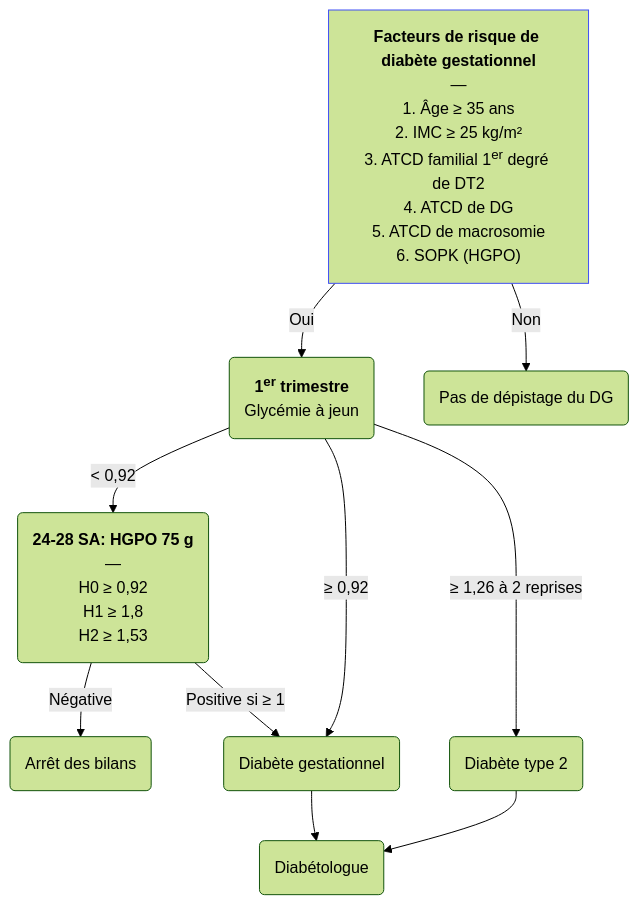
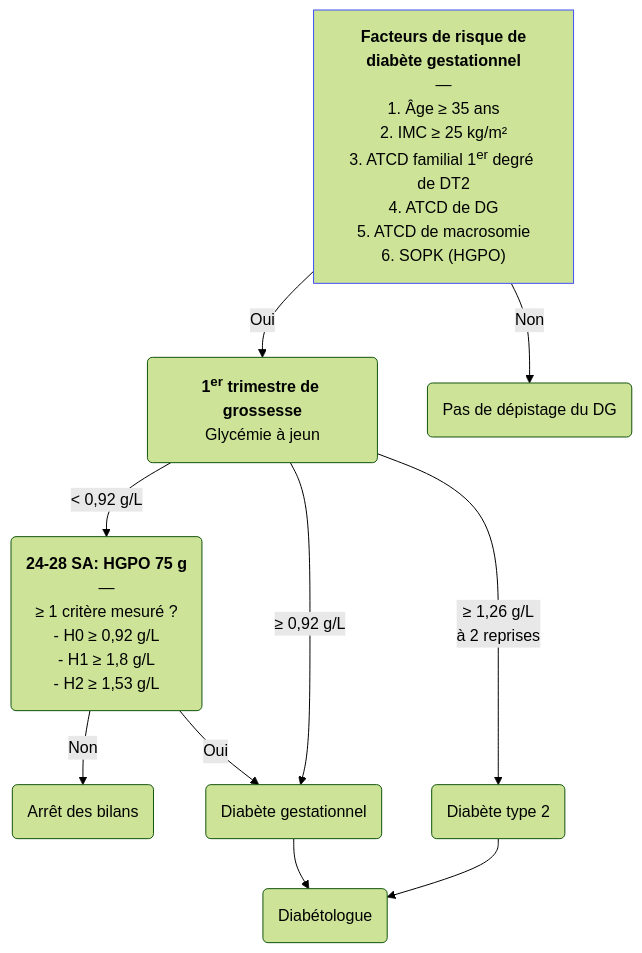
Before and after one commit to djibe/recommandations-medicales: the diagram in content/recommandations/diabete-gestationnel.md, drawn with Mermaid (forest theme). The commit also changed other lines of this file, not shown here.

```diff
--- a/content/recommandations/diabete-gestationnel.md
+++ b/content/recommandations/diabete-gestationnel.md
@@ -211,14 +208,14 @@
 {{< mermaid title="Conduite à tenir pour le dépistage et la prise en charge du diabète gestationnel. Dr JB Fron d'après SFD/CNGOF 2010" >}}
 graph TB
-fdr["<b>Facteurs de risque de diabète gestationnel</b><br>—<br>1. Âge ≥ 35 ans<br>2. IMC ≥ 25 kg/m²<br>3. ATCD familial 1<sup>er</sup> degré de DT2<br>4. ATCD de DG<br>5. ATCD de macrosomie<br>6. SOPK (HGPO)"]
+fdr["<b>Facteurs de risque de<br>diabète gestationnel</b><br>—<br>1. Âge ≥ 35 ans<br>2. IMC ≥ 25 kg/m²<br>3. ATCD familial 1<sup>er</sup> degré de DT2<br>4. ATCD de DG<br>5. ATCD de macrosomie<br>6. SOPK (HGPO)"]
 style fdr stroke:#4150f5, stroke-width:1px
-  fdr -- Oui --> gaj("<b>1<sup>er</sup> trimestre</b><br>Glycémie à jeun")
-    gaj -- "&lt; 0,92" --> hgpo("<b>24-28 SA: HGPO 75 g</b><br>—<br>H0 ≥ 0,92<br>H1 ≥ 1,8<br>H2 ≥ 1,53")
-      hgpo -- Négative --> arret2(Arrêt des bilans)
-      hgpo -- "Positive si ≥ 1" --> DG
-    gaj -- "≥ 0,92" --> DG(Diabète gestationnel)
+  fdr -- Oui --> gaj("<b>1<sup>er</sup> trimestre de grossesse</b><br>Glycémie à jeun")
+    gaj -- "&lt; 0,92 g/L" --> hgpo("<b>24-28 SA: HGPO 75 g</b><br>—<br>≥ 1 critère mesuré ?<br>- H0 ≥ 0,92 g/L<br>- H1 ≥ 1,8 g/L<br>- H2 ≥ 1,53 g/L")
+      hgpo -- Non --> arret2(Arrêt des bilans)
+      hgpo -- Oui --> DG
+    gaj -- "≥ 0,92 g/L" --> DG(Diabète gestationnel)
       DG --> diabeto(Diabétologue)
-    gaj -- "≥ 1,26 à 2 reprises" --> DT2(Diabète type 2)
+    gaj -- "≥ 1,26 g/L<br>à 2 reprises" --> DT2(Diabète type 2)
       DT2 --> diabeto
   fdr -- Non --> arret(Pas de dépistage du DG)
 {{< /mermaid >}}
```
